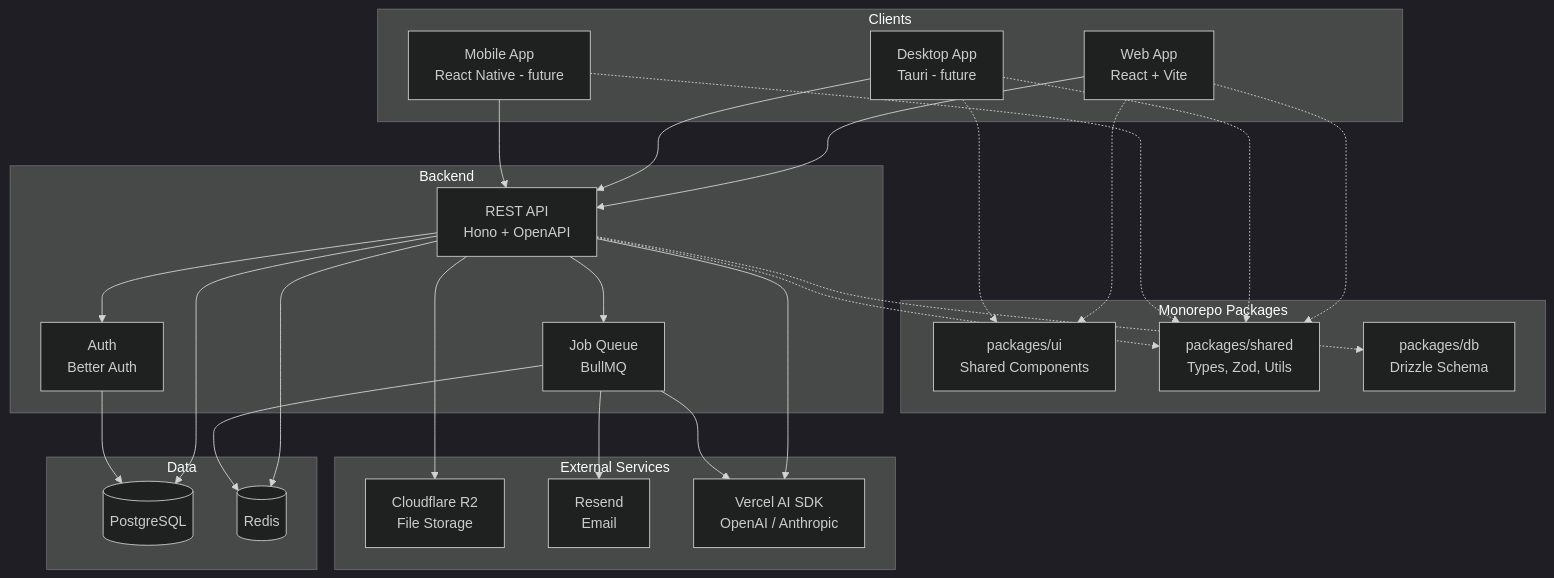
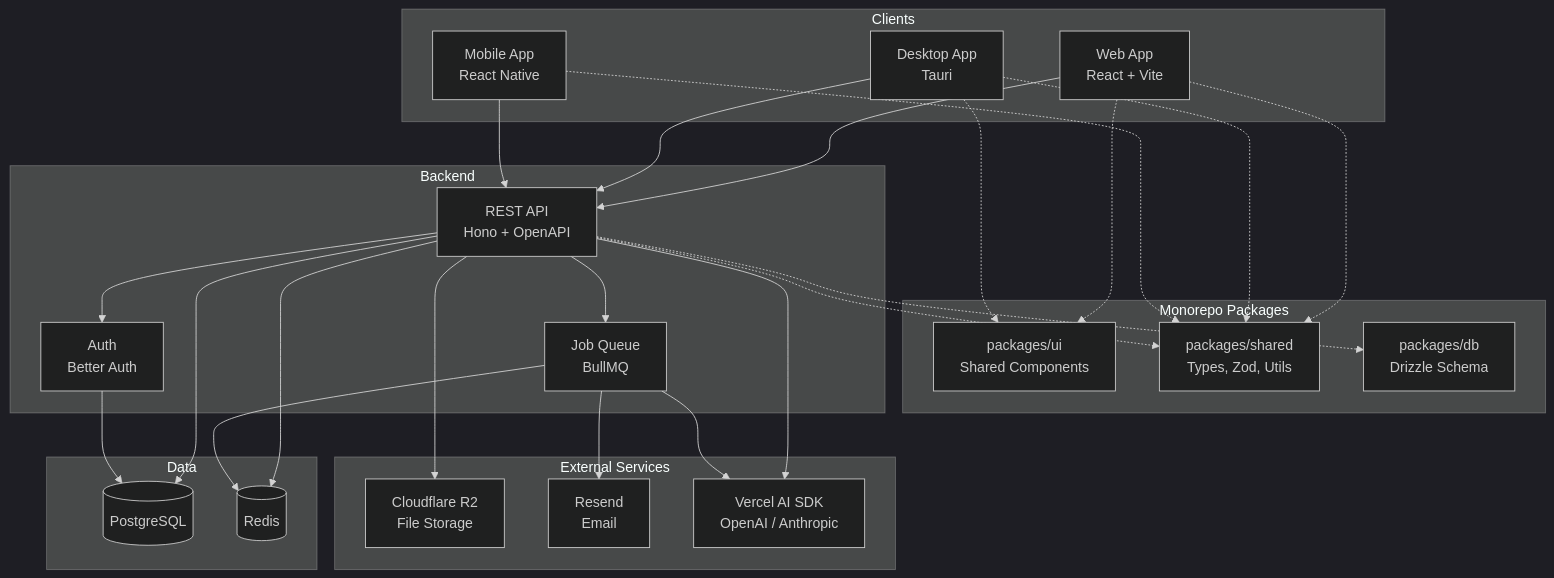
One commit to Dsantiagomj/rumbo changed the first of 8 diagrams in docs/ARCHITECTURE.md. Above: the diagram before and after it, drawn with Mermaid (dark theme). The commit also changed other lines of this file and 4 other files, not shown here.

````diff
--- a/docs/ARCHITECTURE.md
+++ b/docs/ARCHITECTURE.md
@@ -7,55 +7,55 @@
 ```mermaid
 graph TB
     subgraph Clients
         WEB[Web App<br/>React + Vite]
-        DESKTOP[Desktop App<br/>Tauri - future]
-        MOBILE[Mobile App<br/>React Native - future]
+        DESKTOP[Desktop App<br/>Tauri]
+        MOBILE[Mobile App<br/>React Native]
     end
 
     subgraph Monorepo Packages
         UI[packages/ui<br/>Shared Components]
         SHARED[packages/shared<br/>Types, Zod, Utils]
         DB[packages/db<br/>Drizzle Schema]
     end
 
     subgraph Backend
         API[REST API<br/>Hono + OpenAPI]
         AUTH[Auth<br/>Better Auth]
         QUEUE[Job Queue<br/>BullMQ]
     end
 
     subgraph Data
         PG[(PostgreSQL)]
         REDIS[(Redis)]
     end
 
     subgraph External Services
         R2[Cloudflare R2<br/>File Storage]
         RESEND[Resend<br/>Email]
         AI[Vercel AI SDK<br/>OpenAI / Anthropic]
     end
 
     WEB --> API
     DESKTOP --> API
     MOBILE --> API
 
     WEB -.-> UI
     WEB -.-> SHARED
     DESKTOP -.-> UI
     DESKTOP -.-> SHARED
     MOBILE -.-> SHARED
 
     API --> PG
     API --> REDIS
     API --> AUTH
     API --> QUEUE
     API --> R2
     API --> AI
     API -.-> DB
     API -.-> SHARED
 
     AUTH --> PG
     QUEUE --> REDIS
     QUEUE --> RESEND
     QUEUE --> AI
 ```
````
